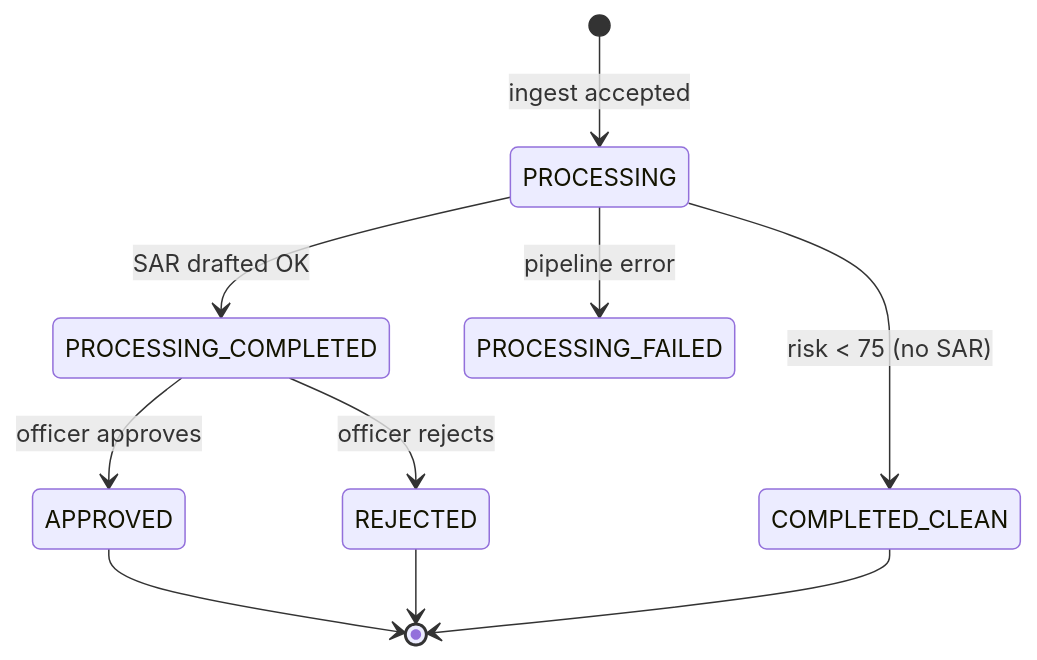
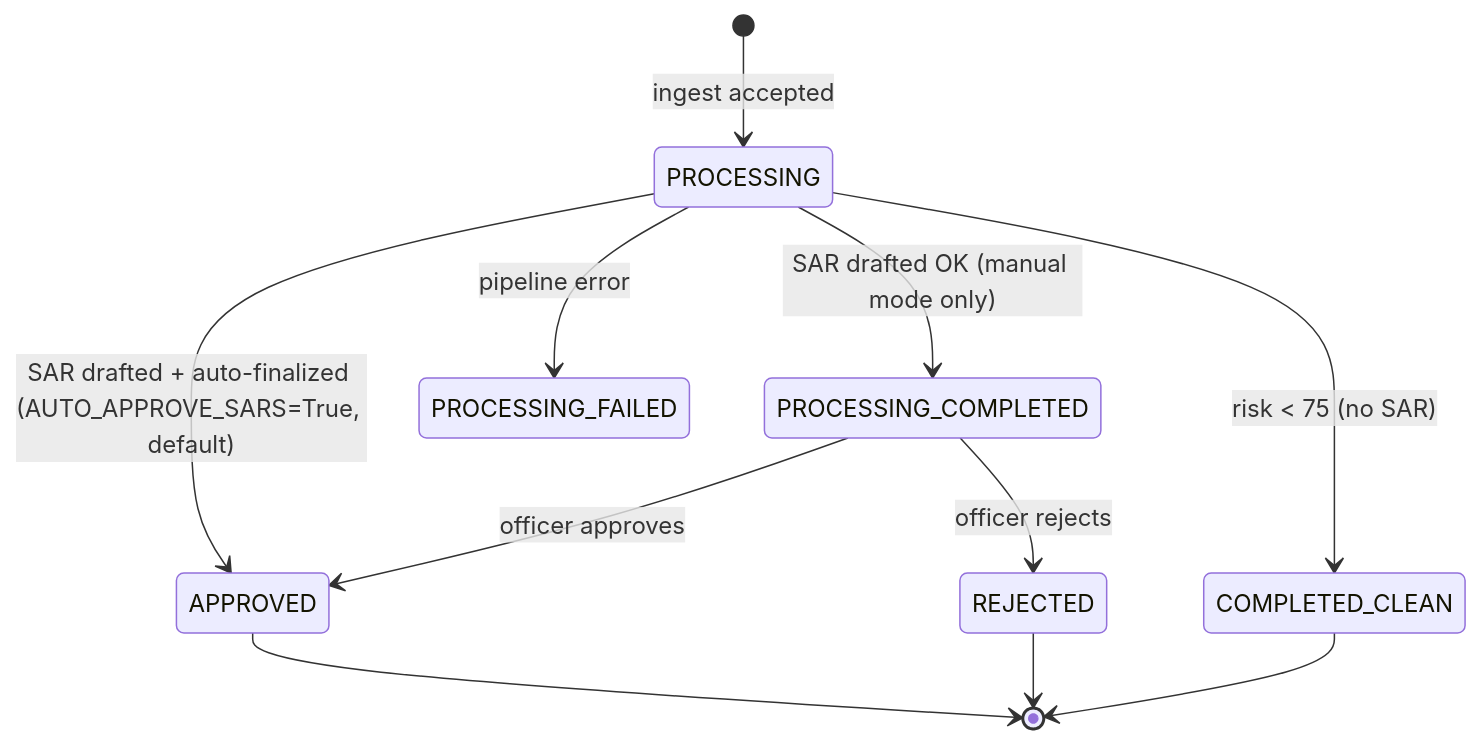
Before and after one commit to Nikhilkarur/sar-rag_v1: the fifth of 11 diagrams in AEGIS_KNOWLEDGE_BASE.md, drawn with Mermaid. The commit also changed other lines of this file and 79 other files, not shown here.

````diff
--- a/AEGIS_KNOWLEDGE_BASE.md
+++ b/AEGIS_KNOWLEDGE_BASE.md
@@ -304,12 +316,13 @@
 ```mermaid
 stateDiagram-v2
     [*] --> PROCESSING: ingest accepted
     PROCESSING --> COMPLETED_CLEAN: risk < 75 (no SAR)
-    PROCESSING --> PROCESSING_COMPLETED: SAR drafted OK
+    PROCESSING --> APPROVED: SAR drafted + auto-finalized (AUTO_APPROVE_SARS=True, default)
+    PROCESSING --> PROCESSING_COMPLETED: SAR drafted OK (manual mode only)
     PROCESSING --> PROCESSING_FAILED: pipeline error
     PROCESSING_COMPLETED --> APPROVED: officer approves
     PROCESSING_COMPLETED --> REJECTED: officer rejects
     APPROVED --> [*]
     REJECTED --> [*]
     COMPLETED_CLEAN --> [*]
 ```
````
